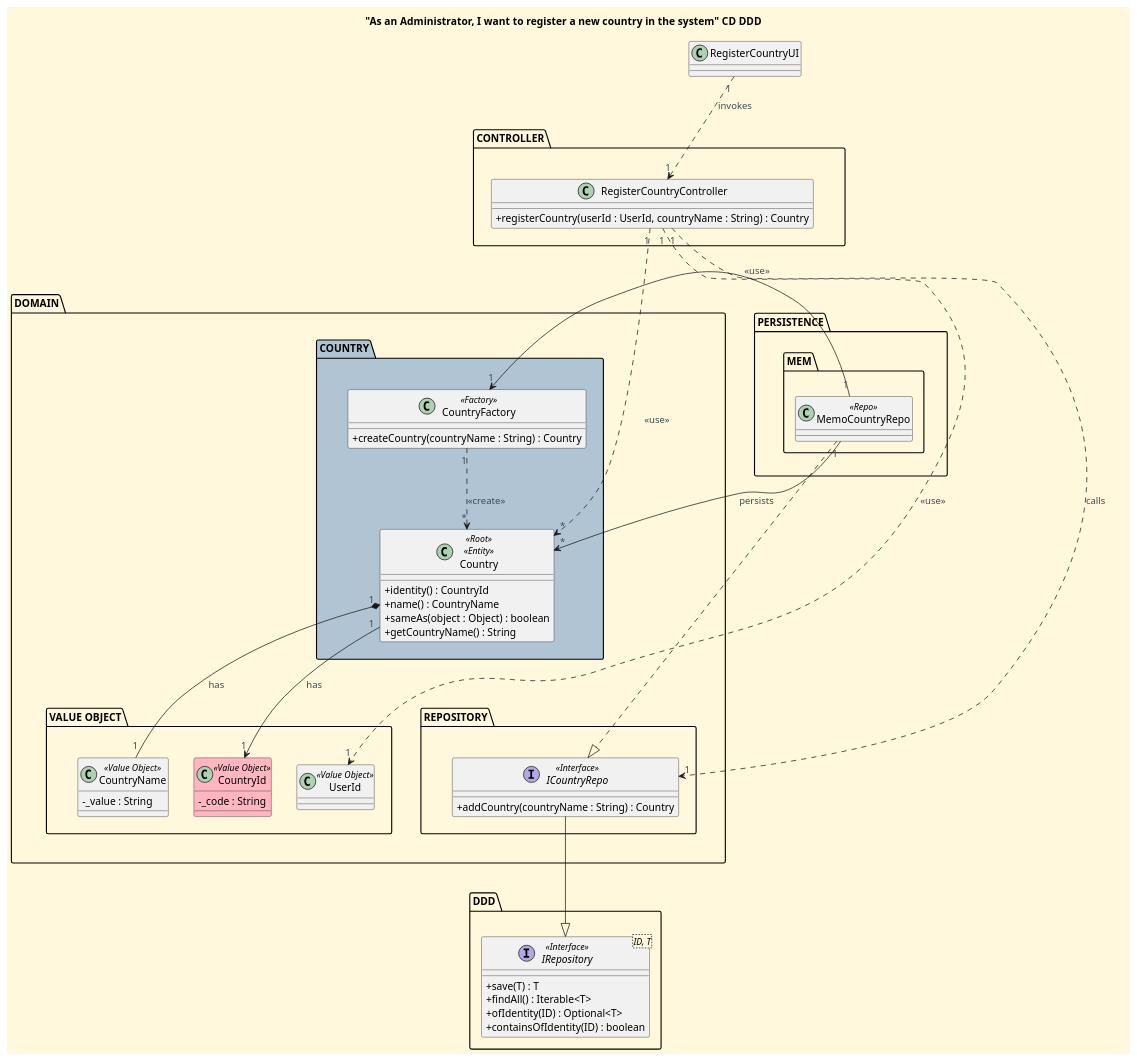
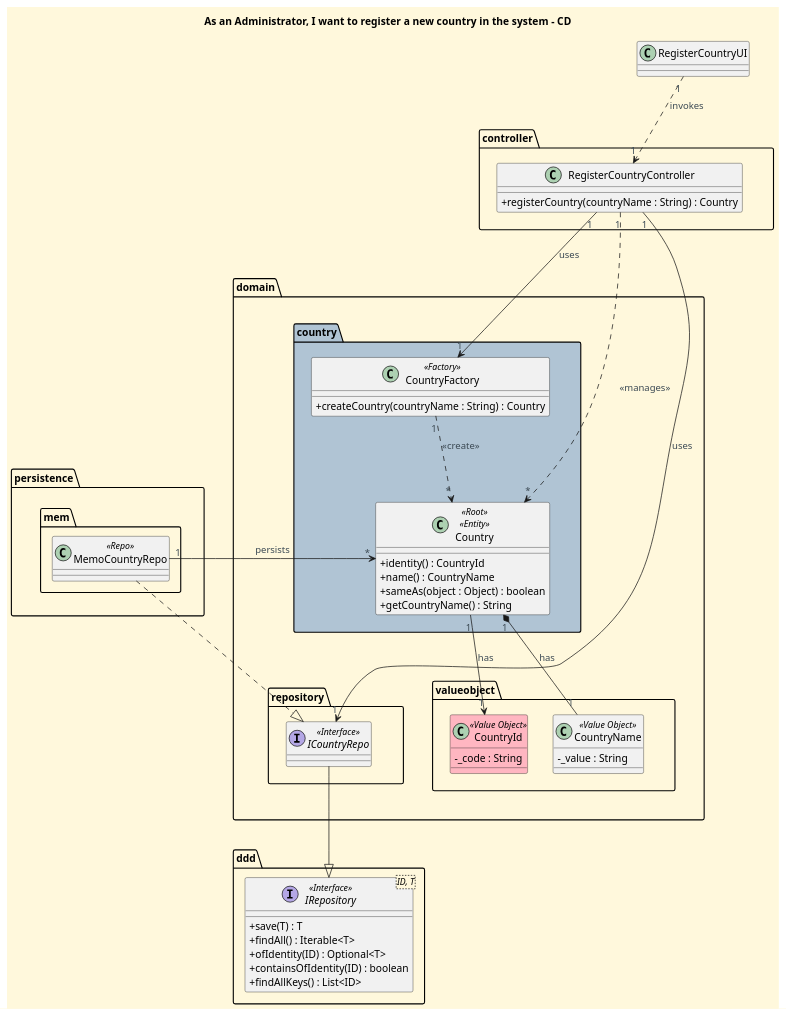
The diagram in docs/functionalities/admin/register-country/Register_Country_CD.puml (CarolinaLeite-collab/JavaMarketplacePlatform), drawn with PlantUML before and after one commit.

Commit message:
refactor: update register country CD with new dependency split #609

```diff
--- a/docs/functionalities/admin/register-country/Register_Country_CD.puml
+++ b/docs/functionalities/admin/register-country/Register_Country_CD.puml
@@ -1,102 +1,99 @@
 @startuml
-'https://plantuml.com/class-diagram
-title "As an Administrator, I want to register a new country in the system" CD DDD
+title As an Administrator, I want to register a new country in the system - CD
 
 '==== basic style ====
 skinparam monochrome false
 skinparam shadowing false
 skinparam defaultFontName Futura
 skinparam objectFontSize 20
 skinparam backgroundColor CornSilk
 skinparam objectBackgroundColor WhiteSmoke
 skinparam noteBackgroundColor #FFFFE0
 skinparam ArrowFontColor #3B4953
 skinparam ActivationBackgroundColor black
 skinparam classAttributeIconSize 0
 
 ' Control the layout flow
 top to bottom direction
 
 class RegisterCountryUI {
 }
 
-package "CONTROLLER" {
+package "controller" {
     class RegisterCountryController {
-      + registerCountry(userId : UserId, countryName : String) : Country
+      + registerCountry(countryName : String) : Country
     }
 }
 
-package "DOMAIN" {
+package "domain" {
 
-    package "COUNTRY" #b0c4d4 {
+    package "country" #b0c4d4 {
         class Country <<Root>> <<Entity>> {
           + identity() : CountryId
           + name() : CountryName
           + sameAs(object : Object) : boolean
           + getCountryName() : String
         }
 
         class CountryFactory <<Factory>> {
           + createCountry(countryName : String) : Country
         }
     }
 
-    package "VALUE OBJECT" {
+    package "valueobject" {
         class CountryId <<Value Object>> #lightpink {
             - _code : String
         }
         class CountryName <<Value Object>> {
             - _value : String
         }
-        class UserId <<Value Object>> {
-        }
     }
 
-    package "REPOSITORY" {
+    package "repository" {
         interface ICountryRepo <<Interface>> {
-            + addCountry(countryName : String) : Country
         }
     }
 }
 
-package "PERSISTENCE" {
-    package "MEM" {
+package "persistence" {
+    package "mem" {
         class MemoCountryRepo <<Repo>> {
         }
     }
 }
 
-package "DDD" {
-    interface IRepository<ID, T> <<Interface>> {
+package "ddd" {
+    interface "IRepository<ID, T>" as IRepository <<Interface>> {
         + save(T) : T
         + findAll() : Iterable<T>
         + ofIdentity(ID) : Optional<T>
         + containsOfIdentity(ID) : boolean
+        + findAllKeys() : List<ID>
     }
 }
 
-'==== Visual Layout Alignment (Hidden links to force grouping) ====
-RegisterCountryUI -[hidden]down- CONTROLLER
-CONTROLLER -[hidden]down- DOMAIN
-COUNTRY -[hidden]right- "VALUE OBJECT"
-"VALUE OBJECT" -[hidden]right- REPOSITORY
-DOMAIN -[hidden]down- PERSISTENCE
+'==== Visual Layout Alignment ====
+RegisterCountryUI -[hidden]down- controller
+controller -[hidden]down- domain
+country -[hidden]right- valueobject
+valueobject -[hidden]right- repository
+domain -[hidden]down- persistence
 
 '==== Connections ====
 RegisterCountryUI "1" .> "1" RegisterCountryController : invokes
-RegisterCountryController "1" ..> "1" ICountryRepo : calls
-RegisterCountryController "1" ..> "*" Country : <<use>>
-RegisterCountryController "1" ..> "1" UserId : <<use>>
+
+RegisterCountryController "1" --> "1" ICountryRepo : uses
+RegisterCountryController "1" --> "1" CountryFactory : uses
+RegisterCountryController "1" ..> "*" Country : <<manages>>
 
 MemoCountryRepo ..|> ICountryRepo
-MemoCountryRepo "1" --> "1" CountryFactory : <<use>>
 MemoCountryRepo "1" --> "*" Country : persists
 
 CountryFactory "1" ..> "*" Country : <<create>>
 
 Country "1" --> "1" CountryId : has
 Country "1" *-- "1" CountryName : has
 
 ICountryRepo --|> IRepository
 
 @enduml
```
